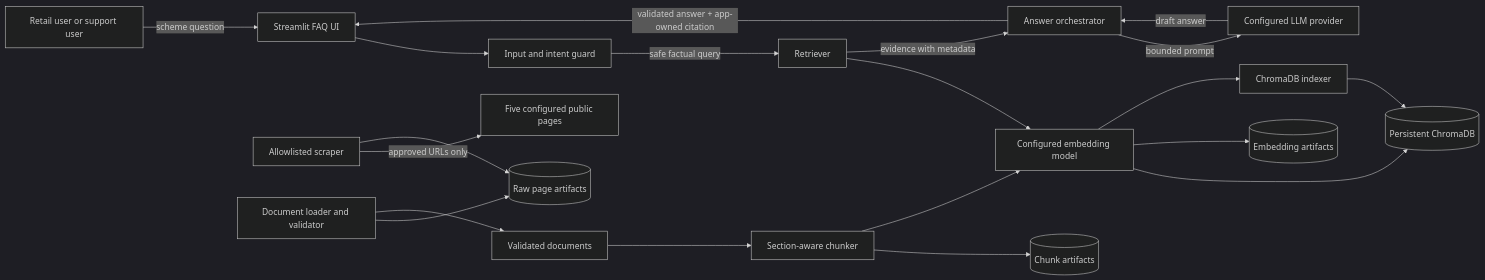
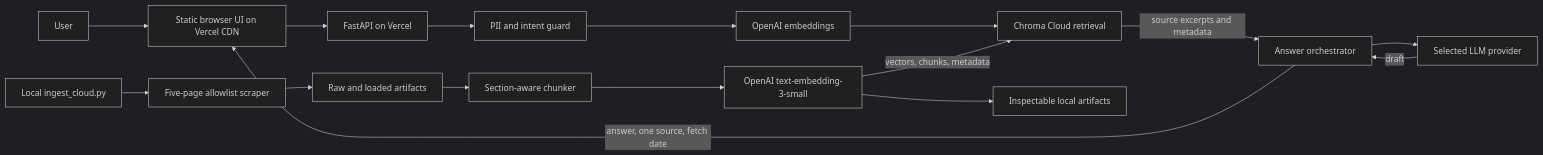
The diagram in architecture.md (diyachokshi25-dot/Growfolio), drawn with Mermaid (dark theme) before and after one commit. The commit also changed other lines of this file and 11 other files, not shown here.

Commit message:
Make FAQ assistant deployable on Vercel

````diff
--- a/architecture.md
+++ b/architecture.md
@@ -23,22 +24,18 @@
 ```mermaid
 flowchart LR
-    U[Retail user or support user] -->|scheme question| UI[Streamlit FAQ UI]
-    UI --> Guard[Input and intent guard]
-    Guard -->|safe factual query| Retriever[Retriever]
-    Retriever --> Embed[Configured embedding model]
-    Embed --> Chroma[(Persistent ChromaDB)]
-    Retriever -->|evidence with metadata| Orchestrator[Answer orchestrator]
-    Orchestrator -->|bounded prompt| LLM[Configured LLM provider]
-    LLM -->|draft answer| Orchestrator
-    Orchestrator -->|validated answer + app-owned citation| UI
-    Scraper[Allowlisted scraper] -->|approved URLs only| Public[Five configured public pages]
-    Scraper --> Raw[(Raw page artifacts)]
-    Loader[Document loader and validator] --> Raw
-    Loader --> ChunksInput[Validated documents]
-    ChunksInput --> Chunker[Section-aware chunker]
-    Chunker --> Chunks[(Chunk artifacts)]
-    Chunker --> Embed
-    Embed --> Vectors[(Embedding artifacts)]
-    Indexer[ChromaDB indexer] --> Chroma
-    Embed --> Indexer
+    U[User] --> UI[Static browser UI on Vercel CDN]
+    UI --> API[FastAPI on Vercel]
+    API --> Guard[PII and intent guard]
+    Guard --> Embed[OpenAI embeddings]
+    Embed --> Search[Chroma Cloud retrieval]
+    Search -->|source excerpts and metadata| Answer[Answer orchestrator]
+    Answer --> LLM[Selected LLM provider]
+    LLM -->|draft| Answer
+    Answer -->|answer, one source, fetch date| UI
+    Ingest[Local ingest_cloud.py] --> Fetch[Five-page allowlist scraper]
+    Fetch --> Raw[Raw and loaded artifacts]
+    Raw --> Chunk[Section-aware chunker]
+    Chunk --> Embeddings[OpenAI text-embedding-3-small]
+    Embeddings --> Artifacts[Inspectable local artifacts]
+    Embeddings -->|vectors, chunks, metadata| Search
 ```
````
